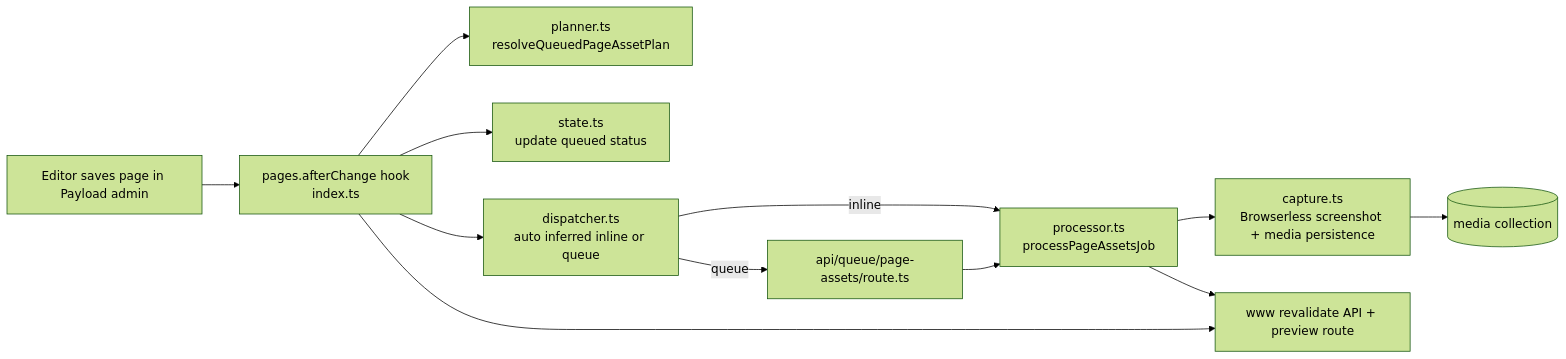
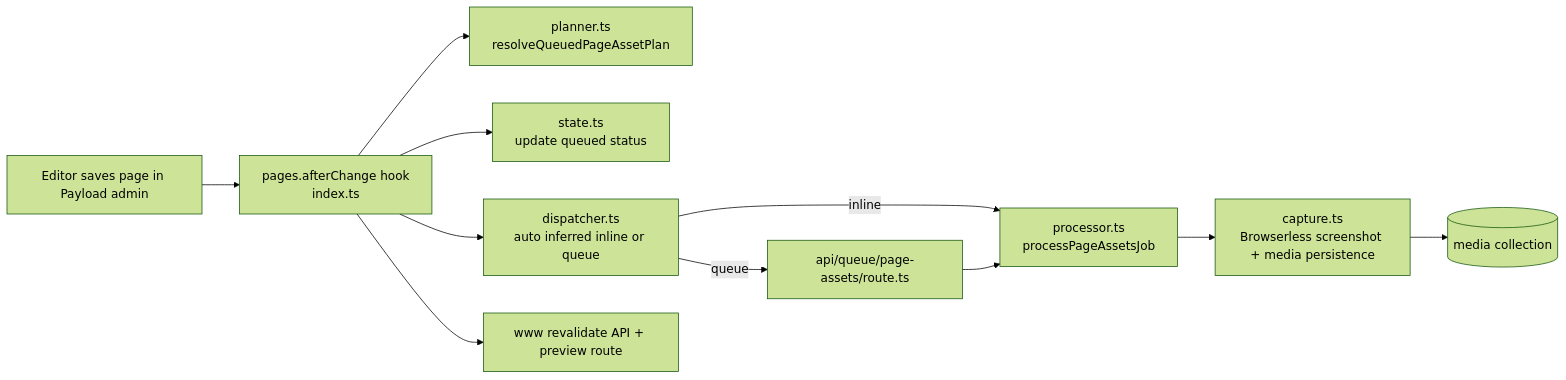
The first of 4 diagrams in apps/admin/src/services/pageAssets/README.md (navelorange1999/www.chankay.com), drawn with Mermaid (forest theme) before and after one commit. The commit also changed other lines of this file and 147 other files, not shown here.

````diff
--- a/apps/admin/src/services/pageAssets/README.md
+++ b/apps/admin/src/services/pageAssets/README.md
@@ -36,25 +36,24 @@
 ```mermaid
 flowchart LR
 	Editor[Editor saves page in Payload admin]
 	Hook[pages.afterChange hook<br/>index.ts]
 	Planner[planner.ts<br/>resolveQueuedPageAssetPlan]
 	State[state.ts<br/>update queued status]
 	Dispatcher[dispatcher.ts<br/>auto inferred inline or queue]
 	QueueRoute[api/queue/page-assets/route.ts]
 	Processor[processor.ts<br/>processPageAssetsJob]
 	Capture[capture.ts<br/>Browserless screenshot + media persistence]
 	Media[(media collection)]
 	WWW[www revalidate API + preview route]
 
 	Editor --> Hook
 	Hook --> Planner
 	Hook --> State
 	Hook --> Dispatcher
 	Hook --> WWW
 	Dispatcher -->|inline| Processor
 	Dispatcher -->|queue| QueueRoute
 	QueueRoute --> Processor
 	Processor --> Capture
-	Processor --> WWW
 	Capture --> Media
 ```
````
